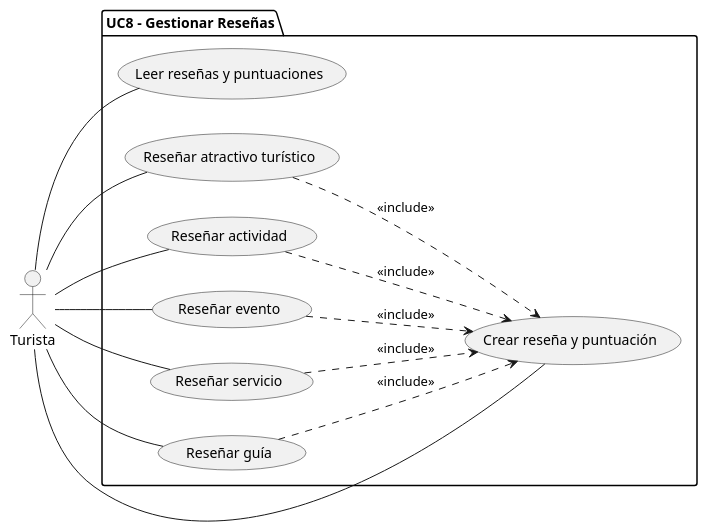
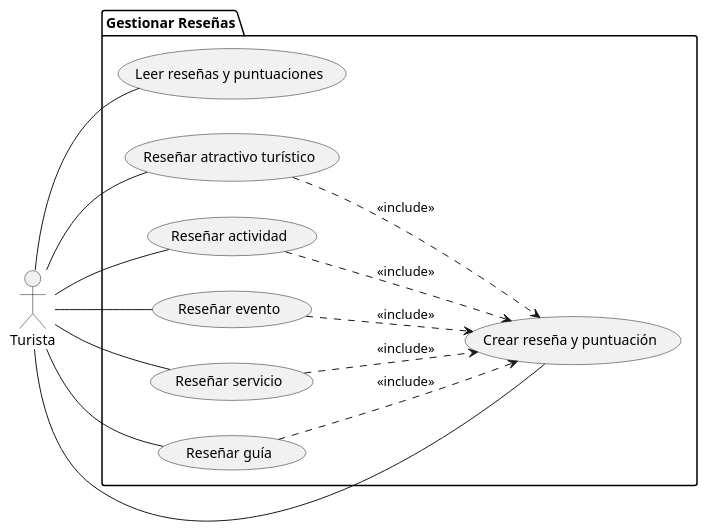
Before and after one commit to xdark-nessx20/SM-Xplore: the diagram in docs/modelos/uc-lvl-1/gestionar-reseñas/turista-diagrama.puml, drawn with PlantUML. The commit also changed 7 other files, not shown here.

```diff
--- a/docs/modelos/uc-lvl-1/gestionar-reseñas/turista-diagrama.puml
+++ b/docs/modelos/uc-lvl-1/gestionar-reseñas/turista-diagrama.puml
@@ -1,30 +1,30 @@
 @startuml
 left to right direction
 
 actor Turista as T
 
-package "UC8 - Gestionar Reseñas" {
+package "Gestionar Reseñas" {
     usecase "Crear reseña y puntuación" as UC1
     usecase "Leer reseñas y puntuaciones" as UC2
     usecase "Reseñar atractivo turístico" as UC3
     usecase "Reseñar actividad" as UC4
     usecase "Reseñar evento" as UC5
     usecase "Reseñar servicio" as UC6
     usecase "Reseñar guía" as UC7
 }
 
 T -- UC1
 T -- UC2
 T -- UC3
 T -- UC4
 T -- UC5
 T -- UC6
 T -- UC7
 
 UC3 ..> UC1 : <<include>>
 UC4 ..> UC1 : <<include>>
 UC5 ..> UC1 : <<include>>
 UC6 ..> UC1 : <<include>>
 UC7 ..> UC1 : <<include>>
 
 @enduml
```
